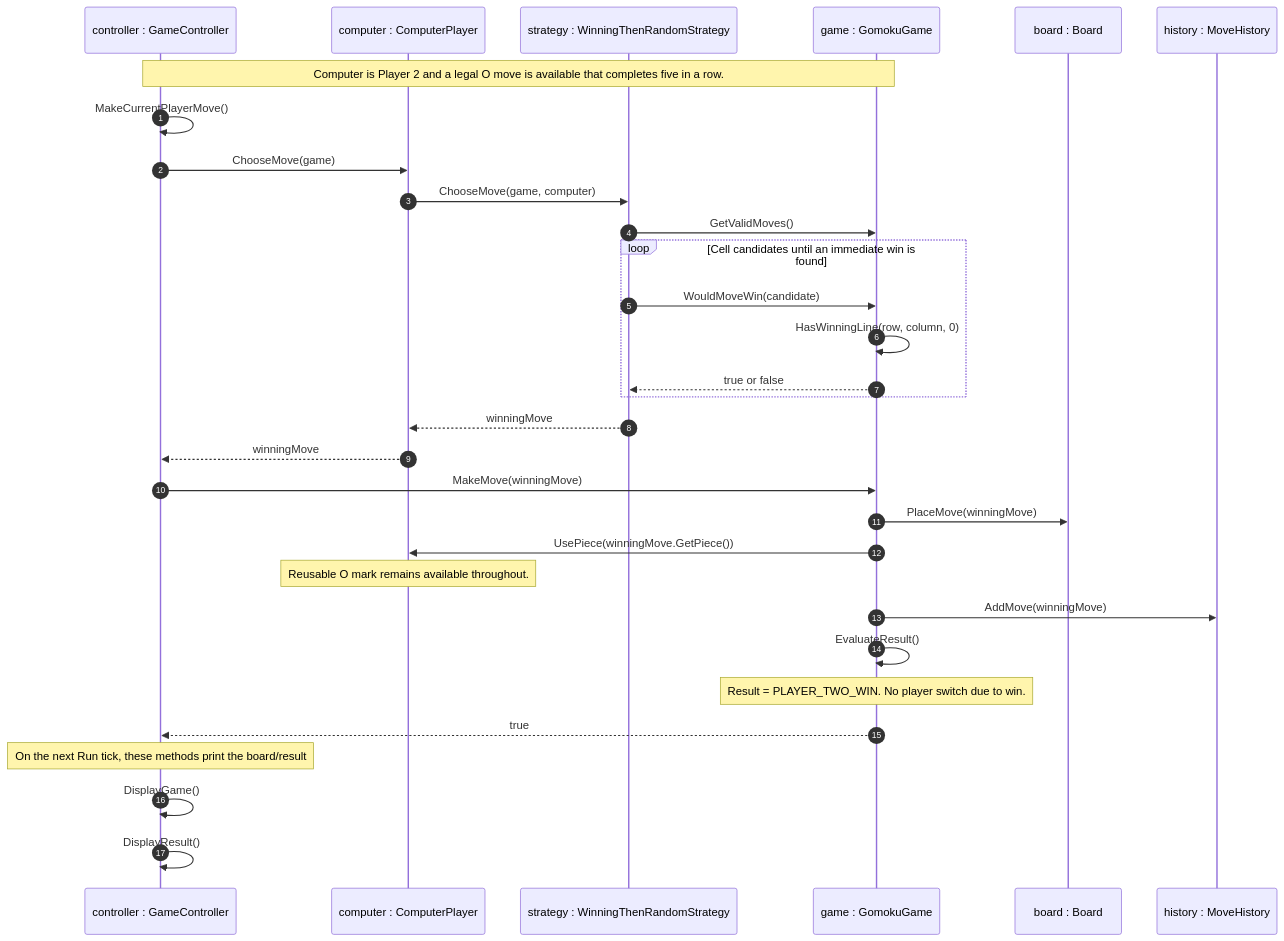
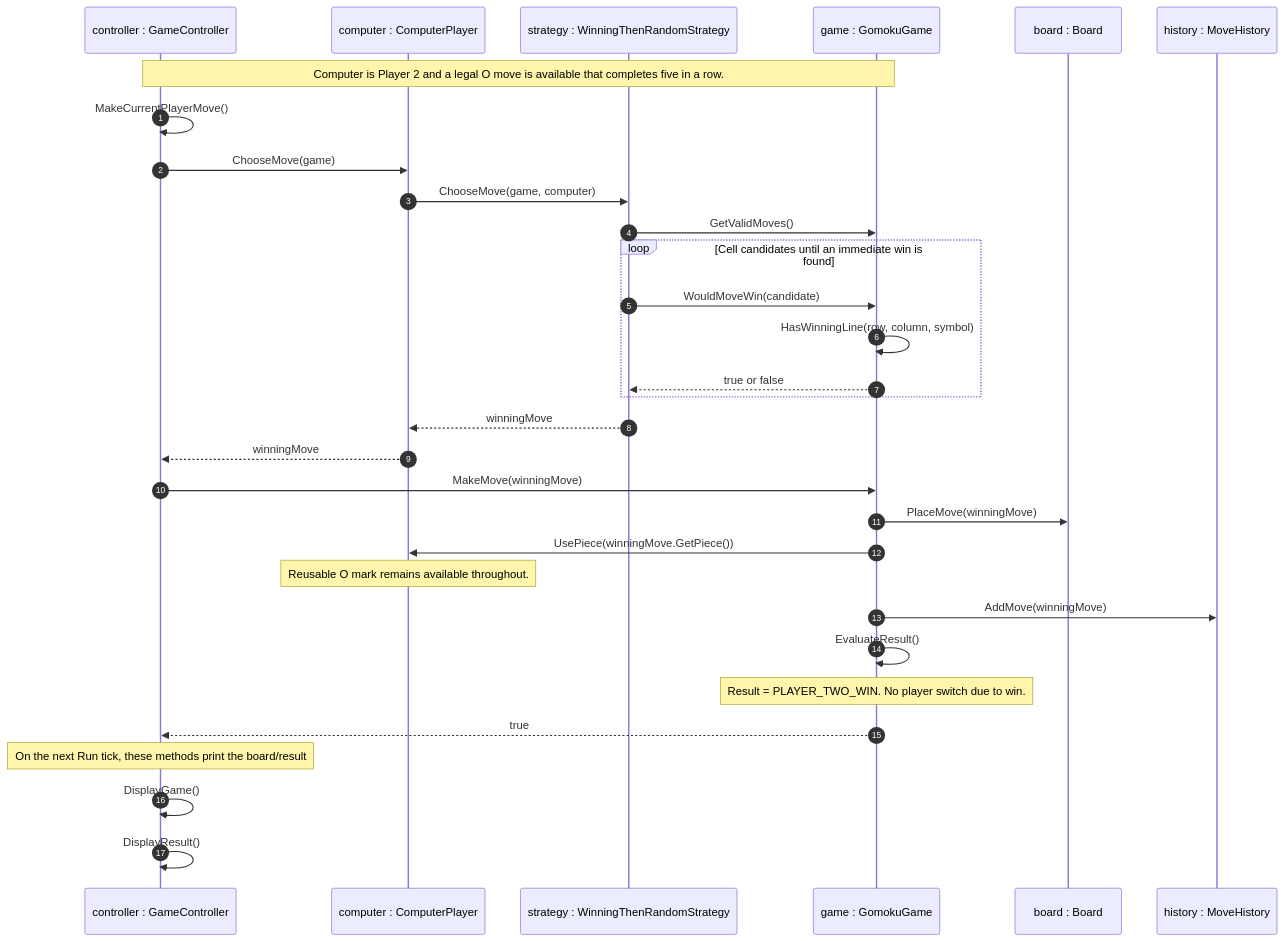
The diagram in diagrams/SequenceDiagram1.mmd (a-edalat/IFQ584-Object-Oriented-Design_assignment3), drawn with Mermaid before and after one commit. The commit also changed 3 other files, not shown here.

Commit message:
fix(diagrams): spelling and formatting errors

```diff
--- a/diagrams/SequenceDiagram1.mmd
+++ b/diagrams/SequenceDiagram1.mmd
@@ -1,39 +1,39 @@
 sequenceDiagram
 
 %% config
 autonumber
 participant controller as controller : GameController
 participant computer as computer : ComputerPlayer
 participant strategy as strategy : WinningThenRandomStrategy
 participant game as game : GomokuGame
 participant board as board : Board
 participant history as history : MoveHistory
 
 %% steps
 Note over controller,game: Computer is Player 2 and a legal O move is available that completes five in a row.
 controller->>controller: MakeCurrentPlayerMove()
 controller->>computer: ChooseMove(game)
 computer->>strategy: ChooseMove(game, computer)
 strategy->>game: GetValidMoves()
 
 loop Cell candidates until an immediate win is found
     strategy->>game: WouldMoveWin(candidate)
-    game->>game: HasWinningLine(row, column, 0)
+    game->>game: HasWinningLine(row, column, symbol)
     game-->>strategy: true or false
 end
 strategy-->>computer: winningMove
 computer-->>controller: winningMove
 
 controller->>game: MakeMove(winningMove)
 game->>board: PlaceMove(winningMove)
 game->>computer: UsePiece(winningMove.GetPiece())
 Note over computer: Reusable O mark remains available throughout.
 
 game->>history: AddMove(winningMove)
 game->>game: EvaluateResult()
 Note over game: Result = PLAYER_TWO_WIN. No player switch due to win.
 game-->>controller: true
 
 Note over controller: On the next Run tick, these methods print the board/result
 controller->>controller: DisplayGame()
 controller->>controller: DisplayResult()
```
